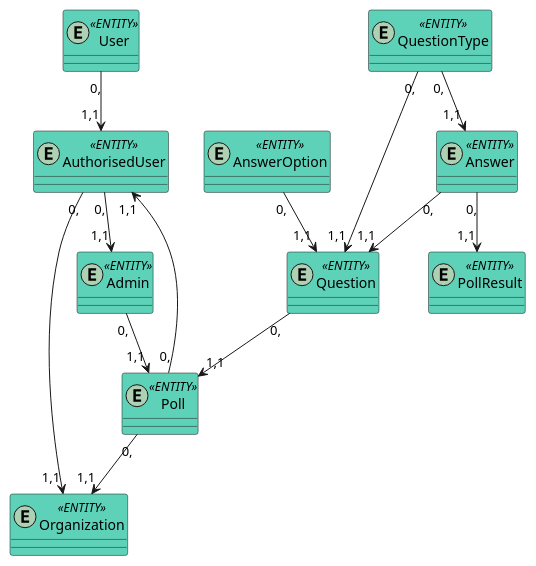
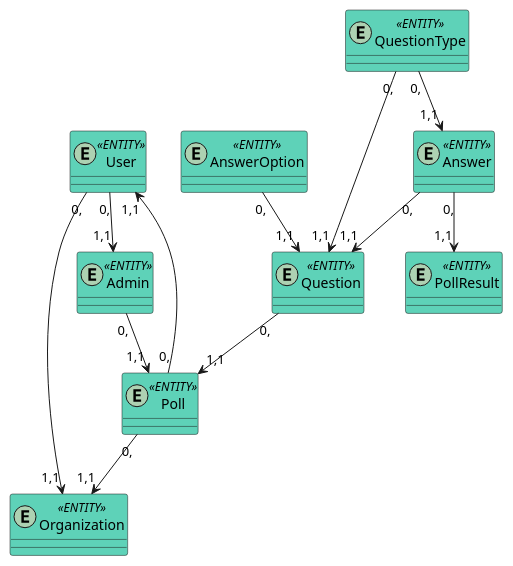
One commit to bochka123/bobryataStars changed the first of 2 diagrams in docs/design/README.md. Above: the diagram before and after it, drawn with PlantUML. The commit also changed other lines of this file, not shown here.

```diff
--- a/docs/design/README.md
+++ b/docs/design/README.md
@@ -10,70 +10,64 @@
 @startuml
 
 	entity User <<ENTITY>> #5ED2B8
-
-	entity AuthorisedUser <<ENTITY>> #5ED2B8
 
 	entity Admin <<ENTITY>> #5ED2B8 
 
 	entity Organization <<ENTITY>> #5ED2B8 
 
 	entity Poll <<ENTITY>> #5ED2B8 
 
 	entity Question <<ENTITY>> #5ED2B8 
 
 	entity AnswerOption <<ENTITY>> #5ED2B8 
 
 	entity QuestionType <<ENTITY>> #5ED2B8 
 	
 	entity Answer <<ENTITY>> #5ED2B8 
 
 	entity PollResult <<ENTITY>> #5ED2B8 
 
-	User "0,"-->"1,1" AuthorisedUser
-	AuthorisedUser "0,"-->"1,1" Admin
-	AuthorisedUser "0,"-->"1,1" Organization
+	User "0,"-->"1,1" Admin
+	User "0,"-->"1,1" Organization
 	Admin "0,"-->"1,1" Poll
 	Poll "0,"-->"1,1" Organization
-	Poll "0,"-->"1,1" AuthorisedUser
+	Poll "0,"-->"1,1" User
 	Question "0,"-->"1,1" Poll
 	AnswerOption "0,"-->"1,1" Question
 	QuestionType "0,"-->"1,1" Question
 	QuestionType "0,"-->"1,1" Answer
 	Answer "0,"-->"1,1" Question
 	Answer "0,"-->"1,1" PollResult
 
-    User.Authorised --* User
-
-    AuthorisedUser.Name--* AuthorisedUser
-    AuthorisedUser.Email --* AuthorisedUser
-    AuthorisedUser.Password --* AuthorisedUser
-    AuthorisedUser.Organization --* AuthorisedUser
+    User.Name--* User
+    User.Email --* User
+    User.Password --* User
+    User.Organization --* User
 
 	Admin.NumberOfCreatedPolls --* Admin 
 
     Organization.Name --* Organization 
     Organization.Description --* Organization 
     Organization.CreationDate --* Organization 
 
     Poll.Title --* Poll
     Poll.Description --* Poll
-    Poll.ForWhichOrganization --* Poll
 
     Question.Type --* Question
     Question.Description --* Question
 
     AnswerOption.Name --* AnswerOption
     AnswerOption.Index --* AnswerOption
 
     QuestionType.Name --* QuestionType
     QuestionType.Description  --* QuestionType
 
     Answer.Content --* Answer
     Answer.Question --* Answer
     Answer.Type --* Answer
 
     PollResult.Date --* PollResult
     PollResult.Respondent --* PollResult
     PollResult.Result --* PollResult
 
 @enduml
```
